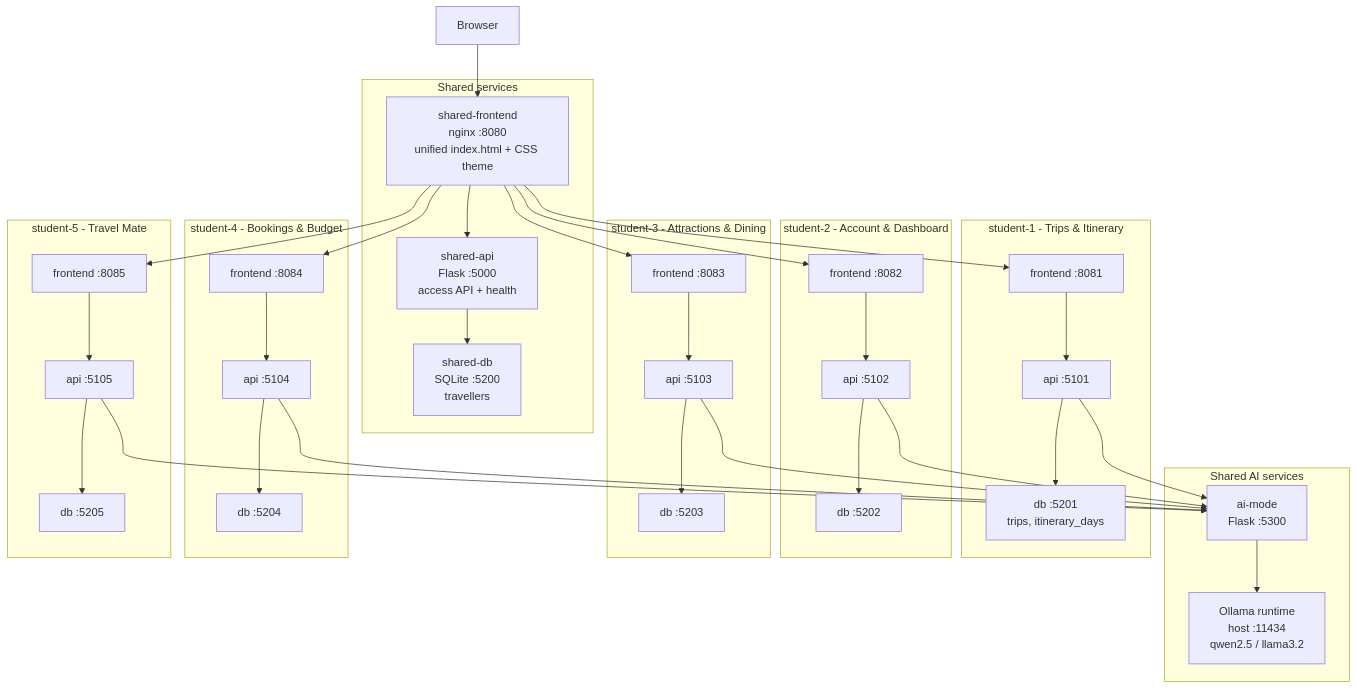
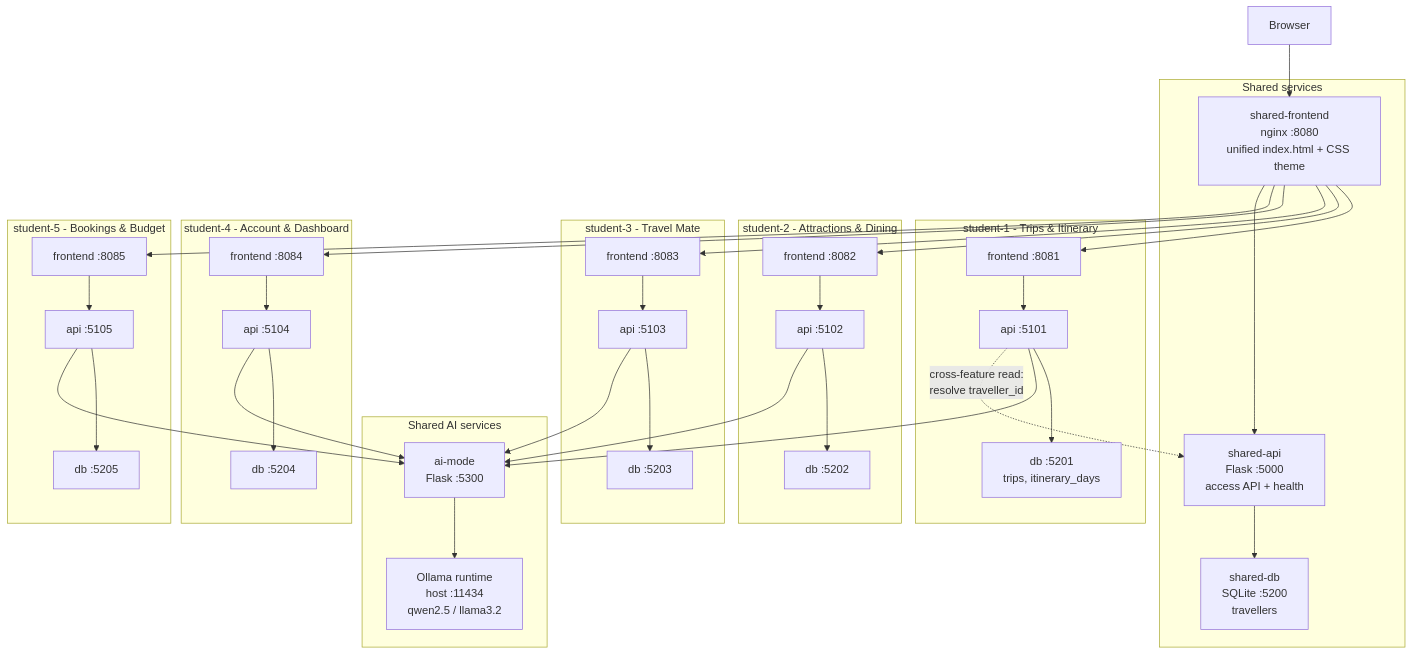
The diagram in docs/diagrams/integrated-architecture.mmd (aurelia-sari/ads-assignment), drawn with Mermaid before and after one commit. The commit also changed 39 other files, not shown here.

First line of the commit message:
Add cross-feature reads, and correct the student slot mapping

```diff
--- a/docs/diagrams/integrated-architecture.mmd
+++ b/docs/diagrams/integrated-architecture.mmd
@@ -1,36 +1,37 @@
 graph TD
     Browser["Browser"]
 
     subgraph Shared["Shared services"]
         SF["shared-frontend<br/>nginx :8080<br/>unified index.html + CSS theme"]
         SA["shared-api<br/>Flask :5000<br/>access API + health"]
         SD["shared-db<br/>SQLite :5200<br/>travellers"]
     end
 
     subgraph AI["Shared AI services"]
         AM["ai-mode<br/>Flask :5300"]
         OL["Ollama runtime<br/>host :11434<br/>qwen2.5 / llama3.2"]
     end
 
     subgraph S1["student-1 - Trips & Itinerary"]
         F1["frontend :8081"] --> A1["api :5101"] --> D1["db :5201<br/>trips, itinerary_days"]
     end
-    subgraph S2["student-2 - Account & Dashboard"]
+    subgraph S2["student-2 - Attractions & Dining"]
         F2["frontend :8082"] --> A2["api :5102"] --> D2["db :5202"]
     end
-    subgraph S3["student-3 - Attractions & Dining"]
+    subgraph S3["student-3 - Travel Mate"]
         F3["frontend :8083"] --> A3["api :5103"] --> D3["db :5203"]
     end
-    subgraph S4["student-4 - Bookings & Budget"]
+    subgraph S4["student-4 - Account & Dashboard"]
         F4["frontend :8084"] --> A4["api :5104"] --> D4["db :5204"]
     end
-    subgraph S5["student-5 - Travel Mate"]
+    subgraph S5["student-5 - Bookings & Budget"]
         F5["frontend :8085"] --> A5["api :5105"] --> D5["db :5205"]
     end
 
     Browser --> SF
     SF --> F1 & F2 & F3 & F4 & F5
     SF --> SA
     SA --> SD
     A1 & A2 & A3 & A4 & A5 --> AM
+    A1 -.->|"cross-feature read:<br/>resolve traveller_id"| SA
     AM --> OL
```
